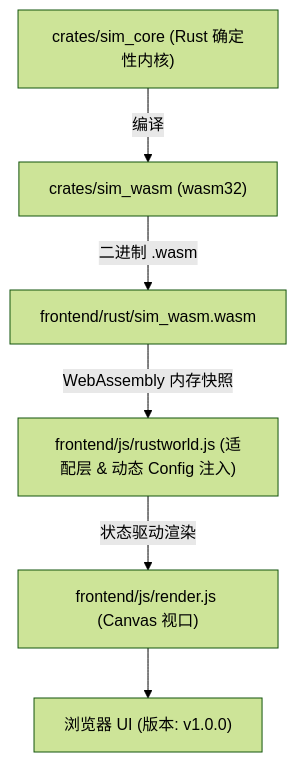
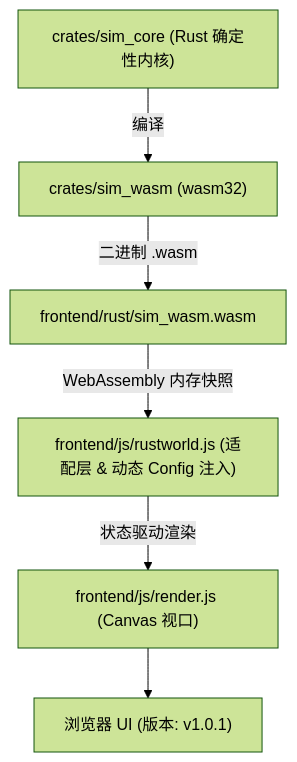
The diagram in AGENTS.md (g39088902/FlowAndAccord), drawn with Mermaid (forest theme) before and after one commit. The commit also changed other lines of this file and 26 other files, not shown here.

````diff
--- a/AGENTS.md
+++ b/AGENTS.md
@@ -45,8 +45,8 @@
 ```mermaid
 graph TD
     A["crates/sim_core (Rust 确定性内核)"] -->|编译| B["crates/sim_wasm (wasm32)"]
     B -->|二进制 .wasm| C["frontend/rust/sim_wasm.wasm"]
     C -->|WebAssembly 内存快照| D["frontend/js/rustworld.js (适配层 & 动态 Config 注入)"]
     D -->|状态驱动渲染| E["frontend/js/render.js (Canvas 视口)"]
-    E --> F["浏览器 UI (版本: v1.0.0)"]
+    E --> F["浏览器 UI (版本: v1.0.1)"]
 ```
````
